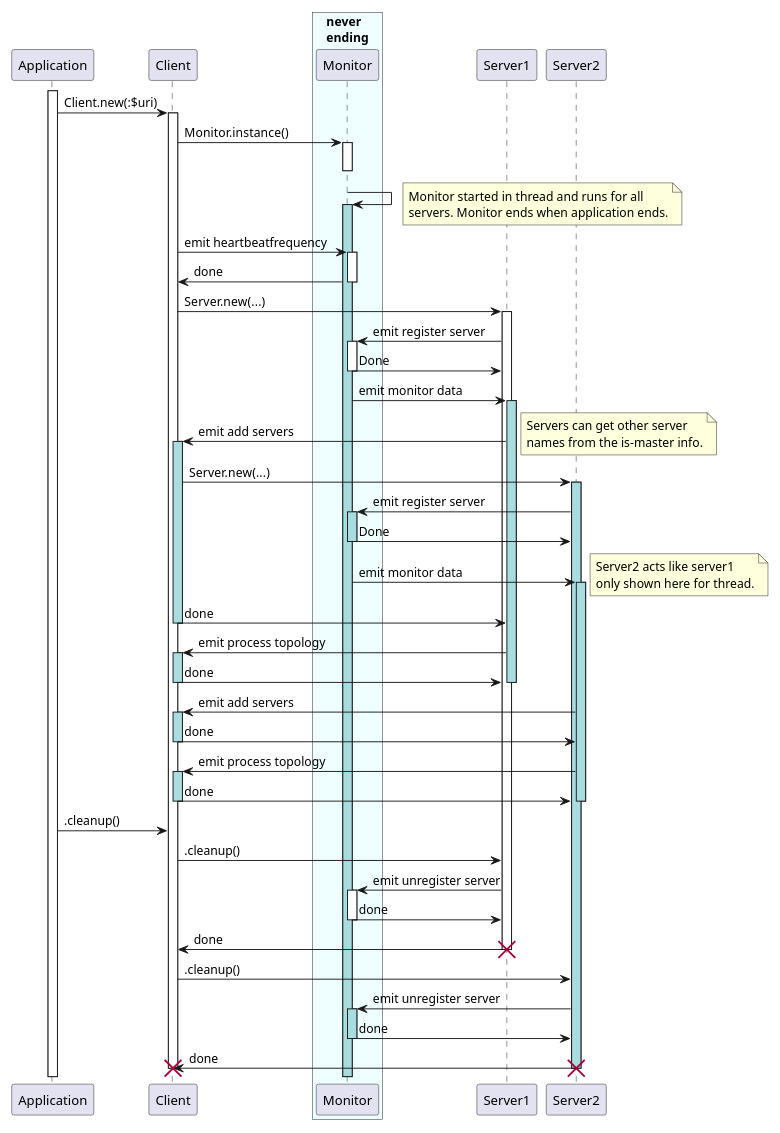
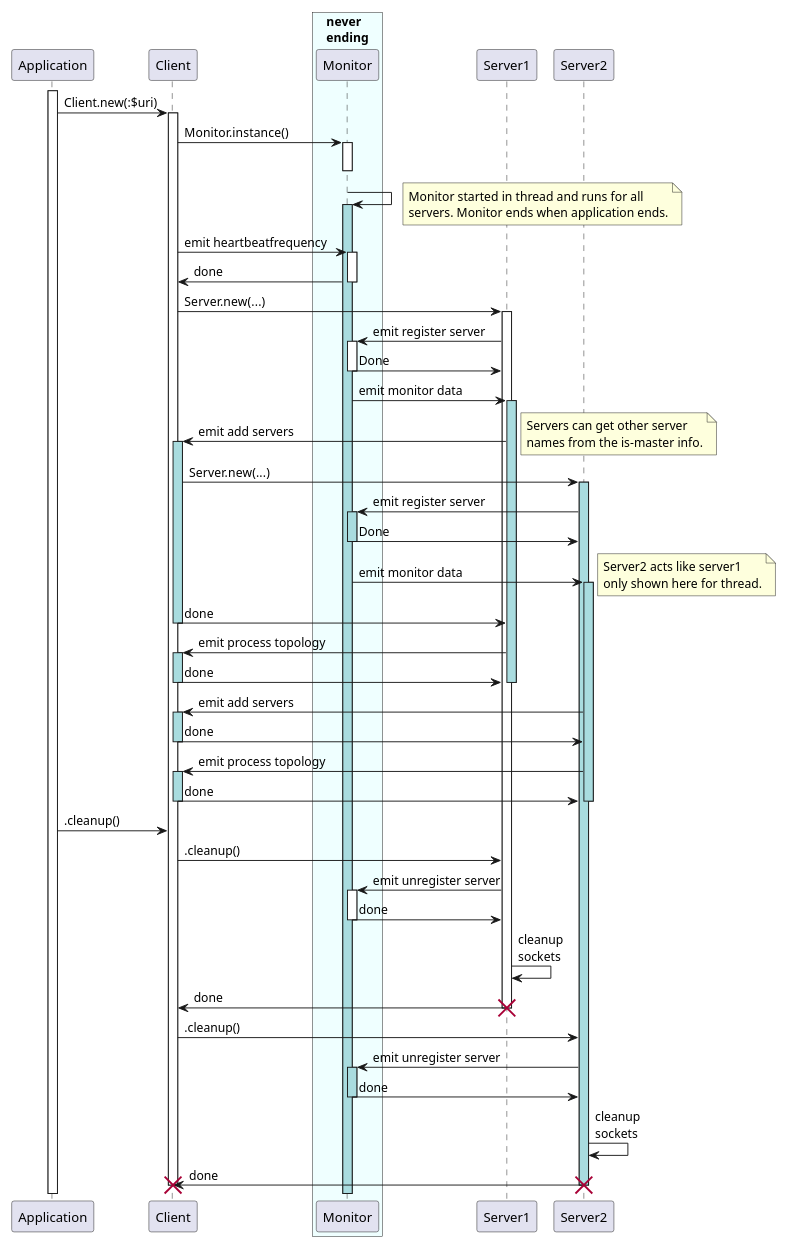
One commit to MARTIMM/raku-mongodb-driver changed the third of 7 diagrams in doc/Design/Design-software.md. Above: the diagram before and after it, drawn with PlantUML. The commit also changed other lines of this file and 1 other file, not shown here.

````diff
--- a/doc/Design/Design-software.md
+++ b/doc/Design/Design-software.md
@@ -40,80 +152,82 @@
 ```plantuml
 scale 0.8
 
 skinparam sequence {
 '  LifeLineBorderColor blue
   LifeLineBackgroundColor #fff
 }
 
 participant Application
 activate Application
 
 participant Client
 
 Application -> Client: Client.new(:$uri)
 activate Client
 
 box "never\nending" #efffff
   participant Monitor
 end box
 
 Client -> Monitor ++: Monitor.instance()
 'Monitor -> Monitor --: Monitor
 deactivate Monitor
 Monitor -> Monitor ++ #A9DCDF:
 note right
   Monitor started in thread and runs for all
   servers. Monitor ends when application ends.
 end note
 
 Client -> Monitor ++ : emit heartbeatfrequency
 Monitor -> Client --: done
 
 Client -> Server1 ++: Server.new(...)
 Server1 -> Monitor ++: emit register server
 Monitor -> Server1 --: Done
 
 Monitor -> Server1 ++ #A9DCDF: emit monitor data
 
 Server1 -> Client ++ #A9DCDF: emit add servers
   note right
     Servers can get other server
     names from the is-master info.
   end note
 
   Client -> Server2 ++ #A9DCDF: Server.new(...)
   Server2 -> Monitor ++ #A9DCDF: emit register server
   Monitor -> Server2 --: Done
   Monitor -> Server2 ++ #A9DCDF: emit monitor data
   note right
     Server2 acts like server1
     only shown here for thread.
   end note
 
 Client -> Server1 --: done
 Server1 -> Client ++ #A9DCDF: emit process topology
 Client -> Server1 --: done
 deactivate Server1
 
 Server2 -> Client ++ #A9DCDF: emit add servers
 Client -> Server2 --: done
 Server2 -> Client ++ #A9DCDF: emit process topology
 Client -> Server2 --: done
 deactivate Server2
 
 
 Application -> Client: .cleanup()
 Client -> Server1: .cleanup()
 Server1 -> Monitor ++: emit unregister server
 Monitor -> Server1 --: done
+Server1 -> Server1: cleanup\nsockets
 Server1 -> Client: done
 destroy Server1
 
 Client -> Server2: .cleanup()
 Server2 -> Monitor ++ #A9DCDF: emit unregister server
 Monitor -> Server2 -- #A9DCDF: done
+Server2 -> Server2: cleanup\nsockets
 Server2 -> Client: done
 destroy Server2
 
 destroy Client
 ```
````
